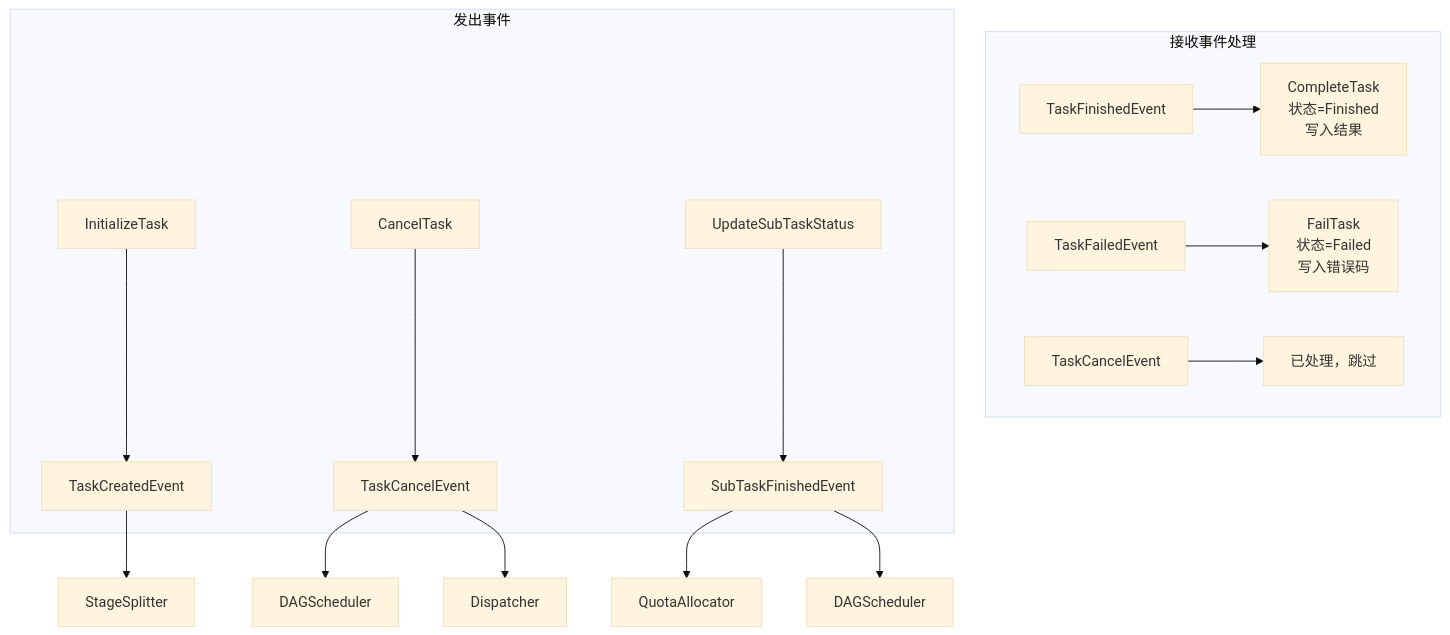
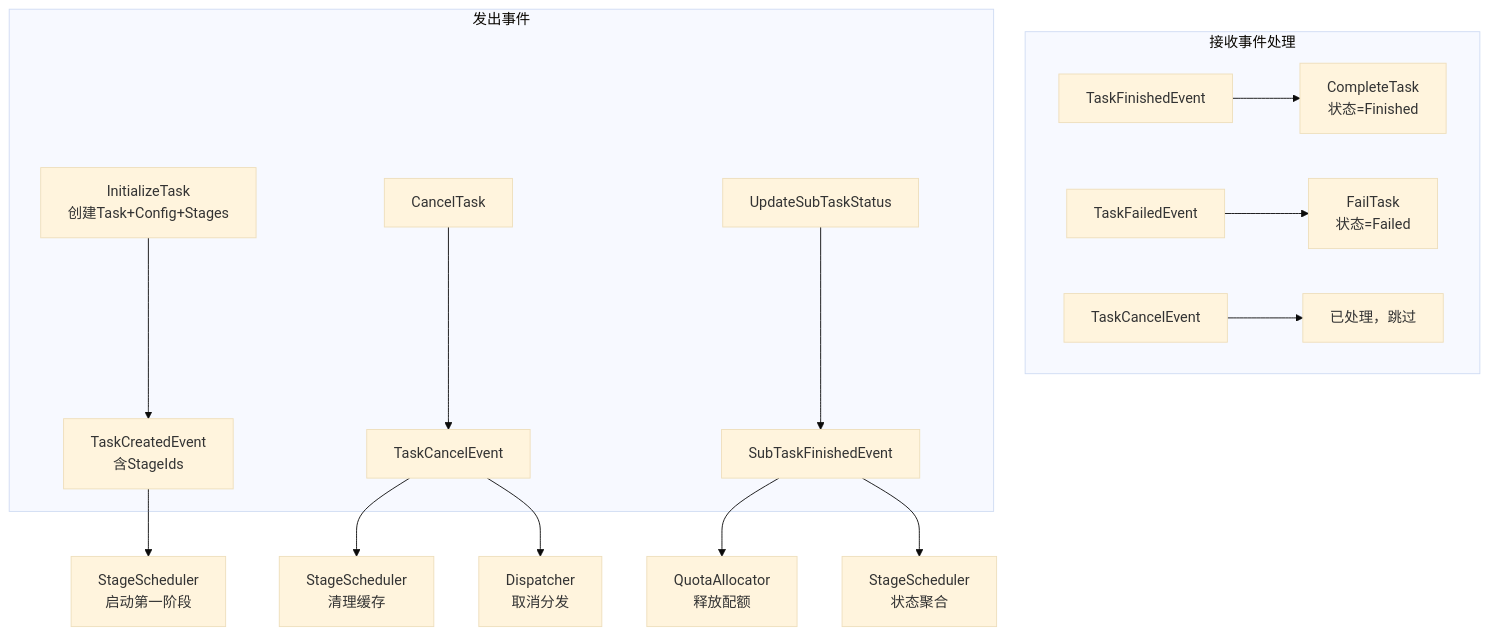
The third of 3 diagrams in docs/designs/details/scheduler/任务管理器设计.md (njuxumq/agent-eval-server), drawn with Mermaid (base theme) before and after one commit. The commit also changed other lines of this file and 15 other files, not shown here.

````diff
--- a/docs/designs/details/scheduler/任务管理器设计.md
+++ b/docs/designs/details/scheduler/任务管理器设计.md
@@ -386,20 +520,20 @@
 ```mermaid
 flowchart TB
     subgraph 接收事件处理
-        TFE[TaskFinishedEvent] --> CT[CompleteTask<br/>状态=Finished<br/>写入结果]
-        TFA[TaskFailedEvent] --> FT[FailTask<br/>状态=Failed<br/>写入错误码]
+        TFE[TaskFinishedEvent] --> CT[CompleteTask<br/>状态=Finished]
+        TFA[TaskFailedEvent] --> FT[FailTask<br/>状态=Failed]
         TCE[TaskCancelEvent] --> SKIP[已处理，跳过]
     end
 
     subgraph 发出事件
-        IT[InitializeTask] --> TCEv[TaskCreatedEvent]
+        IT[InitializeTask<br/>创建Task+Config+Stages] --> TCEv[TaskCreatedEvent<br/>含StageIds]
         CTask[CancelTask] --> TCEv2[TaskCancelEvent]
         USTS[UpdateSubTaskStatus] --> STFE[SubTaskFinishedEvent]
     end
 
-    TCEv --> SS[StageSplitter]
-    TCEv2 --> DS[DAGScheduler]
-    TCEv2 --> DP[Dispatcher]
-    STFE --> QA[QuotaAllocator]
-    STFE --> DS2[DAGScheduler]
+    TCEv --> SS[StageScheduler<br/>启动第一阶段]
+    TCEv2 --> SCH[StageScheduler<br/>清理缓存]
+    TCEv2 --> DP[Dispatcher<br/>取消分发]
+    STFE --> QA[QuotaAllocator<br/>释放配额]
+    STFE --> SCH2[StageScheduler<br/>状态聚合]
 ```
````
